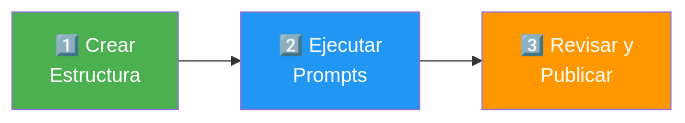
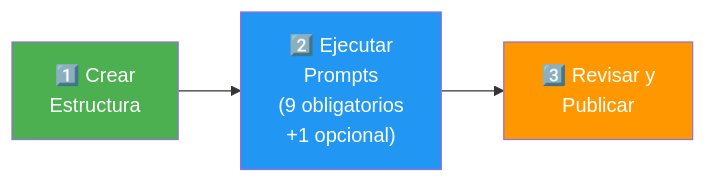
Before and after one commit to santosdevco/all_as_code: the diagram in docs/guia-documentacion/10-inicio-rapido.md, drawn with Mermaid. The commit also changed other lines of this file and 33 other files, not shown here.

````diff
--- a/docs/guia-documentacion/10-inicio-rapido.md
+++ b/docs/guia-documentacion/10-inicio-rapido.md
@@ -33,9 +33,9 @@
 ```mermaid
 flowchart LR
-    A["1️⃣ Crear<br/>Estructura"] --> B["2️⃣ Ejecutar<br/>Prompts"]
+    A["1️⃣ Crear<br/>Estructura"] --> B["2️⃣ Ejecutar<br/>Prompts<br/>(9 obligatorios<br/>+1 opcional)"]
     B --> C["3️⃣ Revisar y<br/>Publicar"]
     
     style A fill:#4caf50,color:#fff
     style B fill:#2196f3,color:#fff
     style C fill:#ff9800,color:#fff
 ```
````
